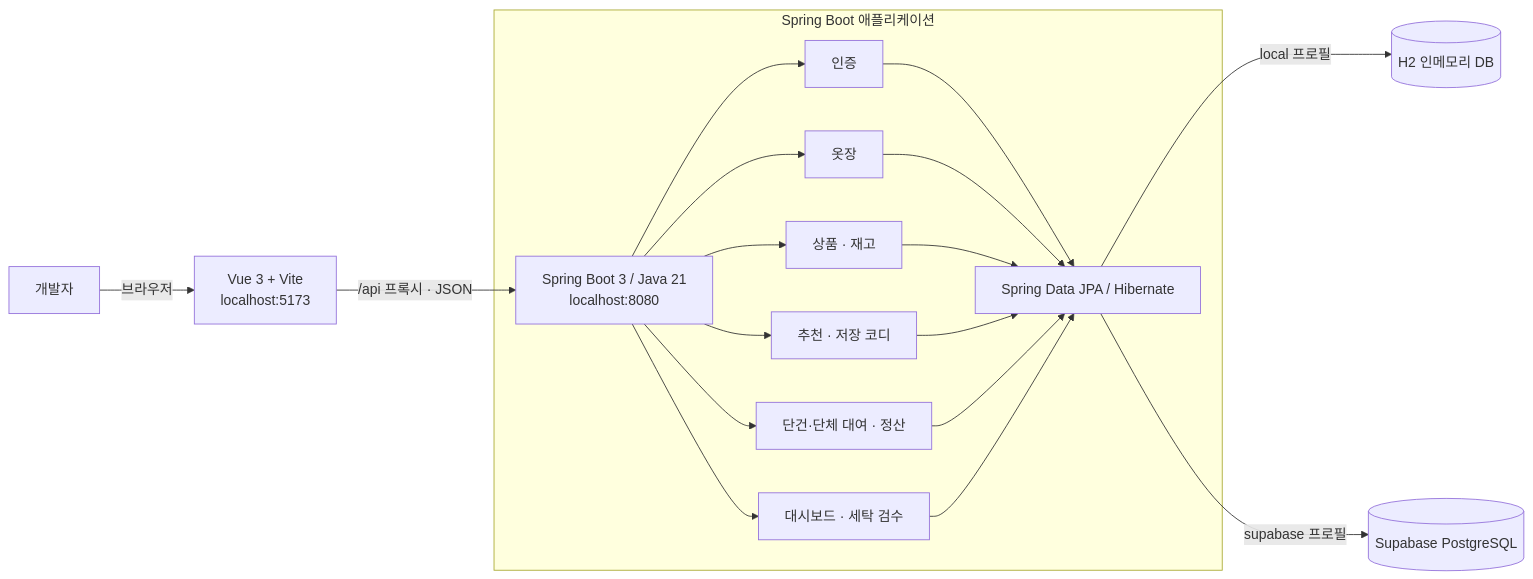
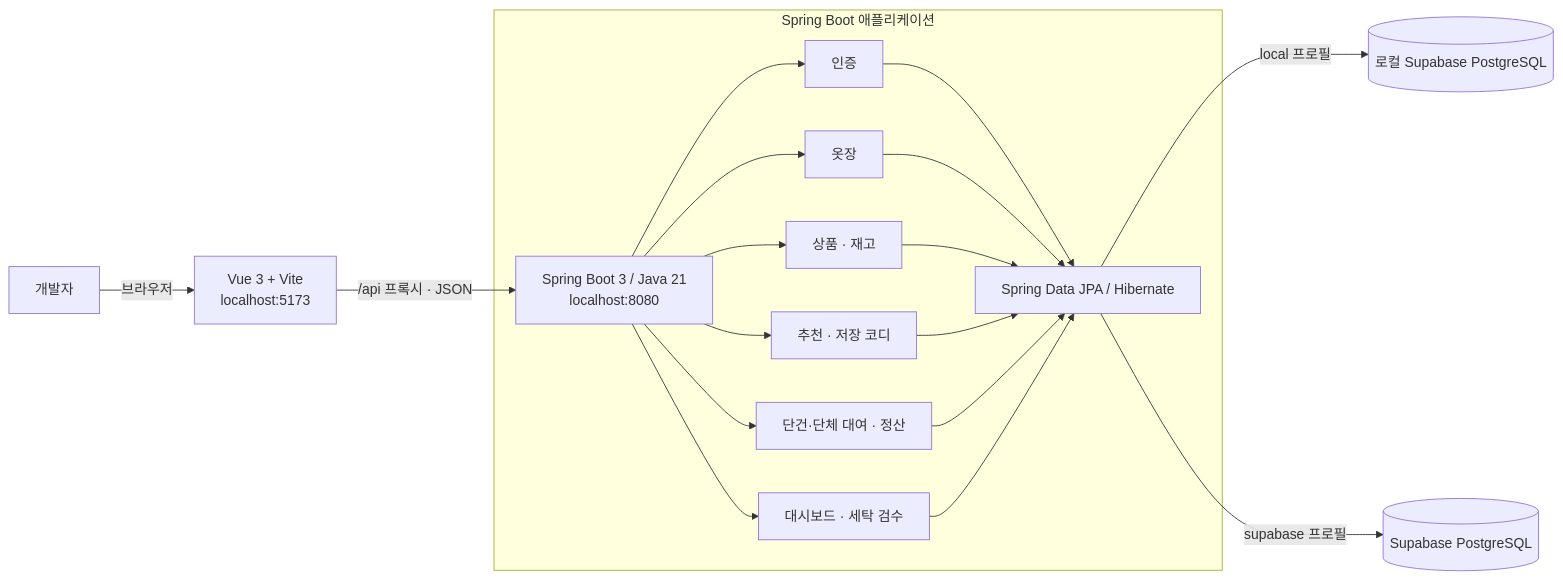
Before and after one commit to w-000000/fitly: the first of 3 diagrams in docs/architecture.md, drawn with Mermaid. The commit also changed other lines of this file and 62 other files, not shown here.

Commit message:
feat: connect backend to ERD3 Supabase schema

````diff
--- a/docs/architecture.md
+++ b/docs/architecture.md
@@ -7,23 +7,23 @@
 ```mermaid
 flowchart LR
     DEV[개발자] -->|브라우저| FE[Vue 3 + Vite<br/>localhost:5173]
     FE -->|/api 프록시 · JSON| API[Spring Boot 3 / Java 21<br/>localhost:8080]
 
     subgraph BACKEND[Spring Boot 애플리케이션]
         API --> AUTH[인증]
         API --> WARDROBE[옷장]
         API --> CATALOG[상품 · 재고]
         API --> RECOMMEND[추천 · 저장 코디]
         API --> RENTAL[단건·단체 대여 · 정산]
         API --> OPS[대시보드 · 세탁 검수]
         AUTH --> JPA[Spring Data JPA / Hibernate]
         WARDROBE --> JPA
         CATALOG --> JPA
         RECOMMEND --> JPA
         RENTAL --> JPA
         OPS --> JPA
     end
 
-    JPA -->|local 프로필| H2[(H2 인메모리 DB)]
+    JPA -->|local 프로필| LOCALPG[(로컬 Supabase PostgreSQL)]
     JPA -->|supabase 프로필| PG[(Supabase PostgreSQL)]
 ```
````
